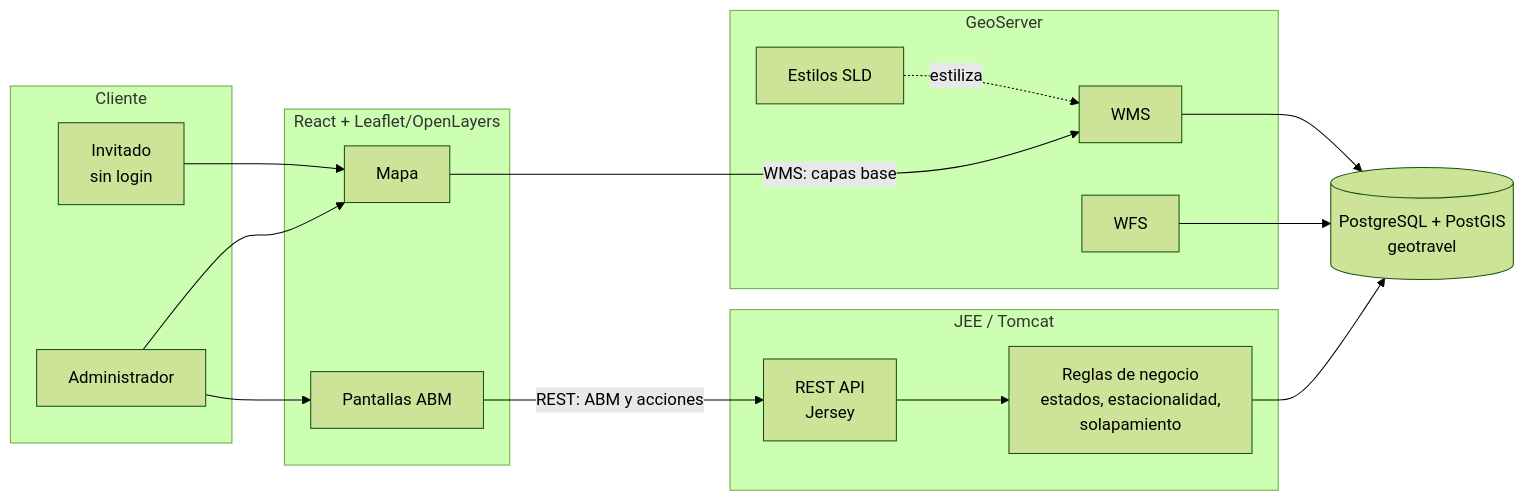
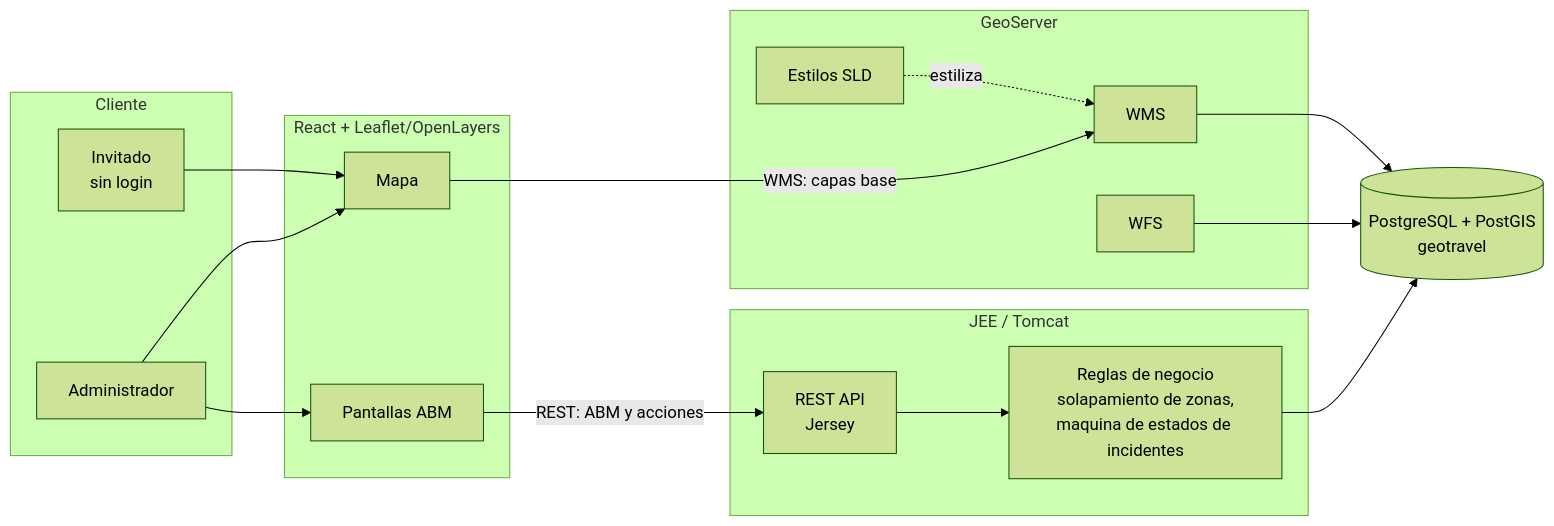
One commit to Facu185/geotravel changed the first of 3 diagrams in docs/diagramas/arquitectura.md. Above: the diagram before and after it, drawn with Mermaid (forest theme). The commit also changed other lines of this file and 23 other files, not shown here.

````diff
--- a/docs/diagramas/arquitectura.md
+++ b/docs/diagramas/arquitectura.md
@@ -3,37 +3,37 @@
 ```mermaid
 flowchart LR
     subgraph Cliente
         Invitado[Invitado<br/>sin login]
         Admin[Administrador]
     end
 
     subgraph Frontend[React + Leaflet/OpenLayers]
         Mapa[Mapa]
         ABM[Pantallas ABM]
     end
 
     subgraph Backend[JEE / Tomcat]
         API[REST API<br/>Jersey]
-        Reglas[Reglas de negocio<br/>estados, estacionalidad,<br/>solapamiento]
+        Reglas[Reglas de negocio<br/>solapamiento de zonas,<br/>maquina de estados de incidentes]
     end
 
     subgraph GeoServer
         WMS[WMS]
         WFS[WFS]
         SLD[Estilos SLD]
     end
 
     DB[(PostgreSQL + PostGIS<br/>geotravel)]
 
     Invitado --> Mapa
     Admin --> Mapa
     Admin --> ABM
 
     Mapa -->|WMS: capas base| WMS
     ABM -->|REST: ABM y acciones| API
 
     API --> Reglas --> DB
     WMS --> DB
     WFS --> DB
     SLD -.estiliza.-> WMS
 ```
````
